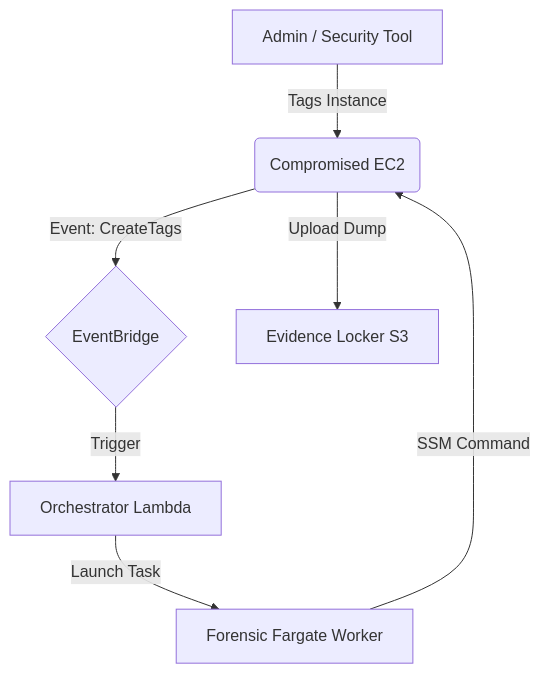
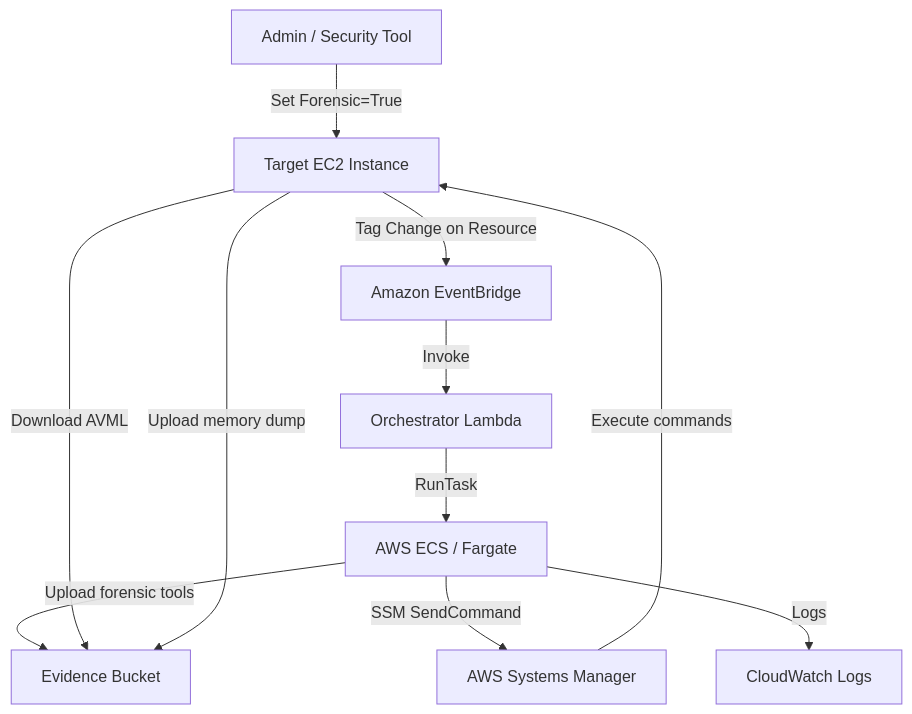
One commit to nanobug8/CFAK-AWS-DFIR changed the diagram in README.md. Above: the diagram before and after it, drawn with Mermaid. The commit also changed other lines of this file, not shown here.

````diff
--- a/README.md
+++ b/README.md
@@ -34,9 +52,33 @@
 ```mermaid
 graph TD
-    User[Admin / Security Tool] -->|Tags Instance| EC2(Compromised EC2)
-    EC2 -->|Event: CreateTags| EB{EventBridge}
-    EB -->|Trigger| Lambda[Orchestrator Lambda]
-    Lambda -->|Launch Task| Fargate[Forensic Fargate Worker]
-    Fargate -->|SSM Command| EC2
-    EC2 -->|Upload Dump| S3[Evidence Locker S3]
+
+    Admin[Admin / Security Tool]
+        -->|Set Forensic=True| EC2[Target EC2 Instance]
+
+    EC2
+        -->|Tag Change on Resource| EB[Amazon EventBridge]
+
+    EB
+        -->|Invoke| Lambda[Orchestrator Lambda]
+
+    Lambda
+        -->|RunTask| ECS[AWS ECS / Fargate]
+
+    ECS
+        -->|Upload forensic tools| S3[Evidence Bucket]
+
+    ECS
+        -->|SSM SendCommand| SSM[AWS Systems Manager]
+
+    SSM
+        -->|Execute commands| EC2
+
+    EC2
+        -->|Download AVML| S3
+
+    EC2
+        -->|Upload memory dump| S3
+
+    ECS
+        -->|Logs| CW[CloudWatch Logs]
 ```
````
